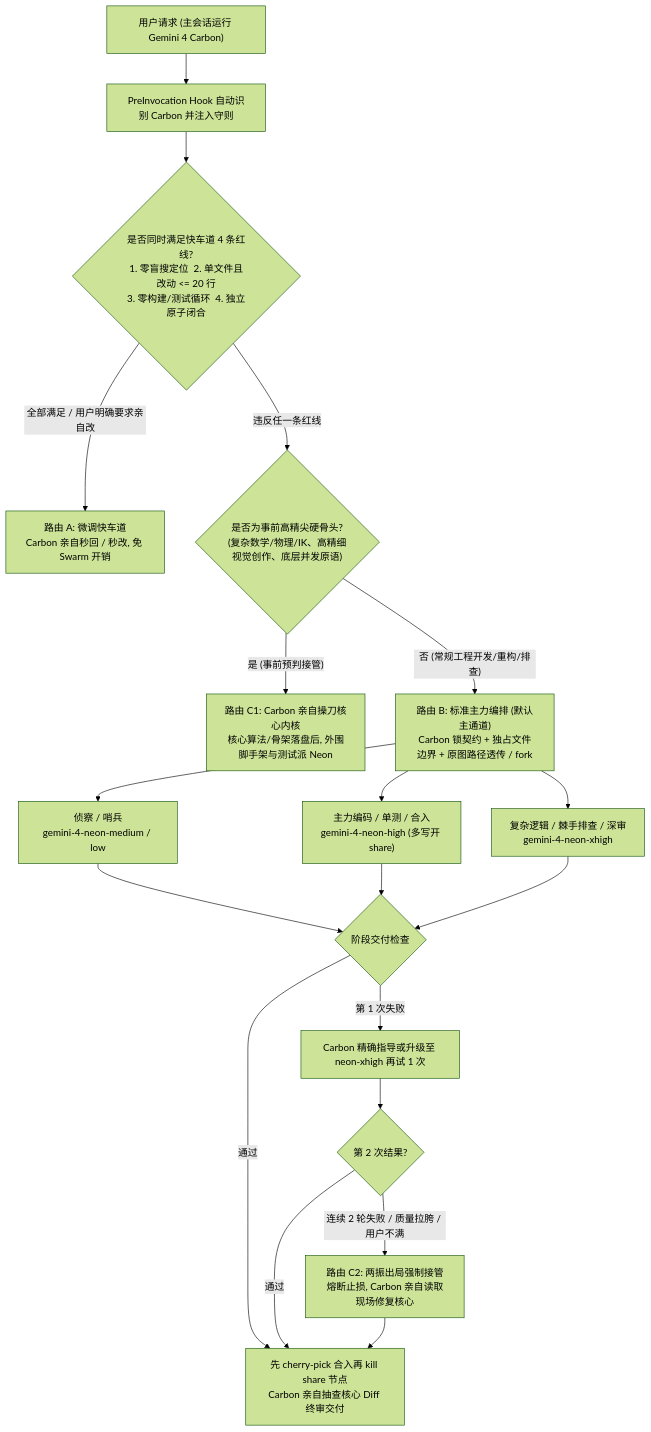
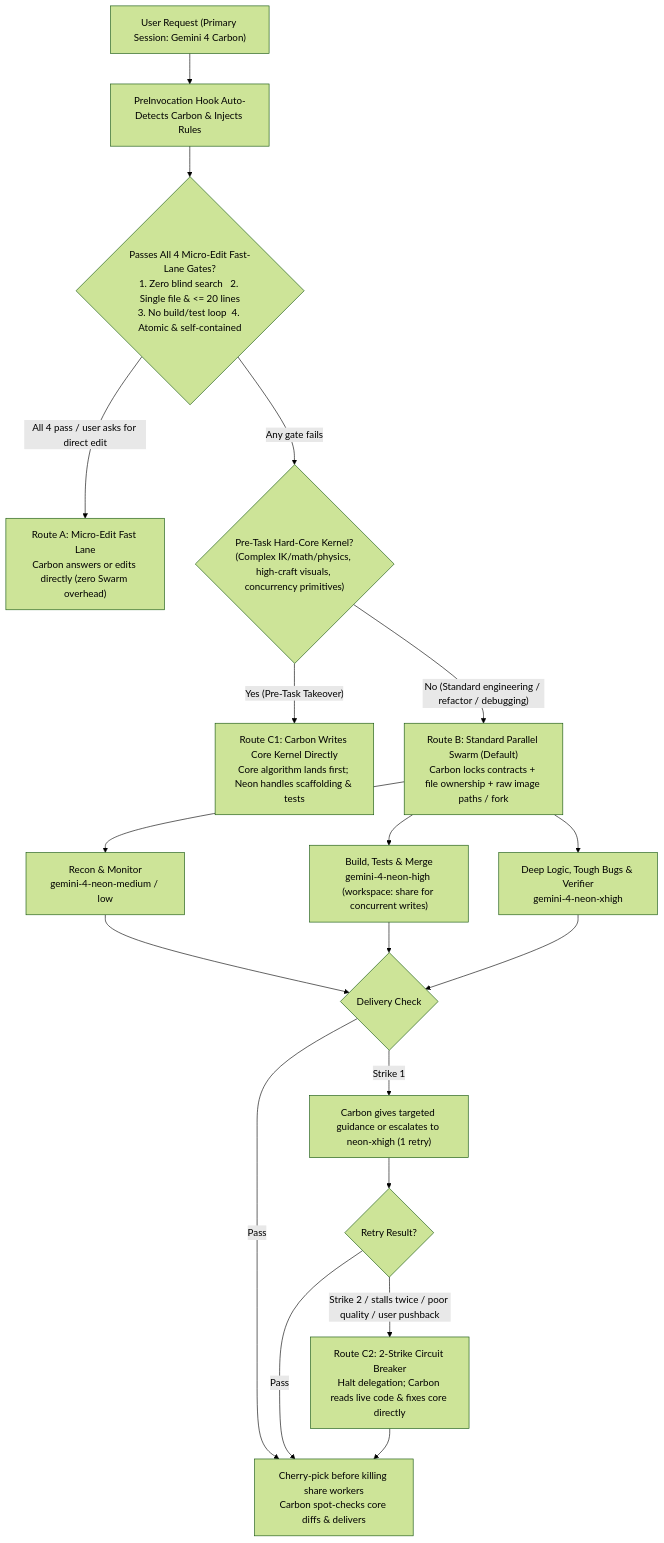
One commit to RiseToTop/carbon-neon-orchestrator changed the diagram in README.md. Above: the diagram before and after it, drawn with Mermaid (forest theme). The commit also changed other lines of this file and 1 other file, not shown here.

Commit message:
docs: add English default README with EN/CN language switcher

````diff
--- a/README.md
+++ b/README.md
@@ -37,25 +39,25 @@
 ```mermaid
 flowchart TD
-    U["用户请求 (主会话运行 Gemini 4 Carbon)"] --> H["PreInvocation Hook 自动识别 Carbon 并注入守则"]
-    H --> D1{"是否同时满足快车道 4 条红线?\n1. 零盲搜定位  2. 单文件且改动 <= 20 行\n3. 零构建/测试循环  4. 独立原子闭合"}
+    U["User Request (Primary Session: Gemini 4 Carbon)"] --> H["PreInvocation Hook Auto-Detects Carbon & Injects Rules"]
+    H --> D1{"Passes All 4 Micro-Edit Fast-Lane Gates?\n1. Zero blind search   2. Single file & <= 20 lines\n3. No build/test loop  4. Atomic & self-contained"}
 
-    D1 -- "全部满足 / 用户明确要求亲自改" --> RA["路由 A: 微调快车道\nCarbon 亲自秒回 / 秒改, 免 Swarm 开销"]
+    D1 -- "All 4 pass / user asks for direct edit" --> RA["Route A: Micro-Edit Fast Lane\nCarbon answers or edits directly (zero Swarm overhead)"]
 
-    D1 -- "违反任一条红线" --> D2{"是否为事前高精尖硬骨头?\n(复杂数学/物理/IK、高精细视觉创作、底层并发原语)"}
+    D1 -- "Any gate fails" --> D2{"Pre-Task Hard-Core Kernel?\n(Complex IK/math/physics, high-craft visuals, concurrency primitives)"}
 
-    D2 -- "是 (事前预判接管)" --> RC1["路由 C1: Carbon 亲自操刀核心内核\n核心算法/骨架落盘后, 外围脚手架与测试派 Neon"]
+    D2 -- "Yes (Pre-Task Takeover)" --> RC1["Route C1: Carbon Writes Core Kernel Directly\nCore algorithm lands first; Neon handles scaffolding & tests"]
 
-    D2 -- "否 (常规工程开发/重构/排查)" --> RB["路由 B: 标准主力编排 (默认主通道)\nCarbon 锁契约 + 独占文件边界 + 原图路径透传 / fork"]
+    D2 -- "No (Standard engineering / refactor / debugging)" --> RB["Route B: Standard Parallel Swarm (Default)\nCarbon locks contracts + file ownership + raw image paths / fork"]
 
-    RB --> W1["侦察 / 哨兵\ngemini-4-neon-medium / low"]
-    RB --> W2["主力编码 / 单测 / 合入\ngemini-4-neon-high (多写开 share)"]
-    RB --> W3["复杂逻辑 / 棘手排查 / 深审\ngemini-4-neon-xhigh"]
+    RB --> W1["Recon & Monitor\ngemini-4-neon-medium / low"]
+    RB --> W2["Build, Tests & Merge\ngemini-4-neon-high (workspace: share for concurrent writes)"]
+    RB --> W3["Deep Logic, Tough Bugs & Verifier\ngemini-4-neon-xhigh"]
 
-    W1 & W2 & W3 --> V{"阶段交付检查"}
-    V -- "通过" --> REVIEW["先 cherry-pick 合入再 kill share 节点\nCarbon 亲自抽查核心 Diff 终审交付"]
-    V -- "第 1 次失败" --> RETRY["Carbon 精确指导或升级至 neon-xhigh 再试 1 次"]
-    RETRY --> V2{"第 2 次结果?"}
-    V2 -- "通过" --> REVIEW
-    V2 -- "连续 2 轮失败 / 质量拉胯 / 用户不满" --> RC2["路由 C2: 两振出局强制接管\n熔断止损, Carbon 亲自读取现场修复核心"]
+    W1 & W2 & W3 --> V{"Delivery Check"}
+    V -- "Pass" --> REVIEW["Cherry-pick before killing share workers\nCarbon spot-checks core diffs & delivers"]
+    V -- "Strike 1" --> RETRY["Carbon gives targeted guidance or escalates to neon-xhigh (1 retry)"]
+    RETRY --> V2{"Retry Result?"}
+    V2 -- "Pass" --> REVIEW
+    V2 -- "Strike 2 / stalls twice / poor quality / user pushback" --> RC2["Route C2: 2-Strike Circuit Breaker\nHalt delegation; Carbon reads live code & fixes core directly"]
     RC2 --> REVIEW
 ```
````
